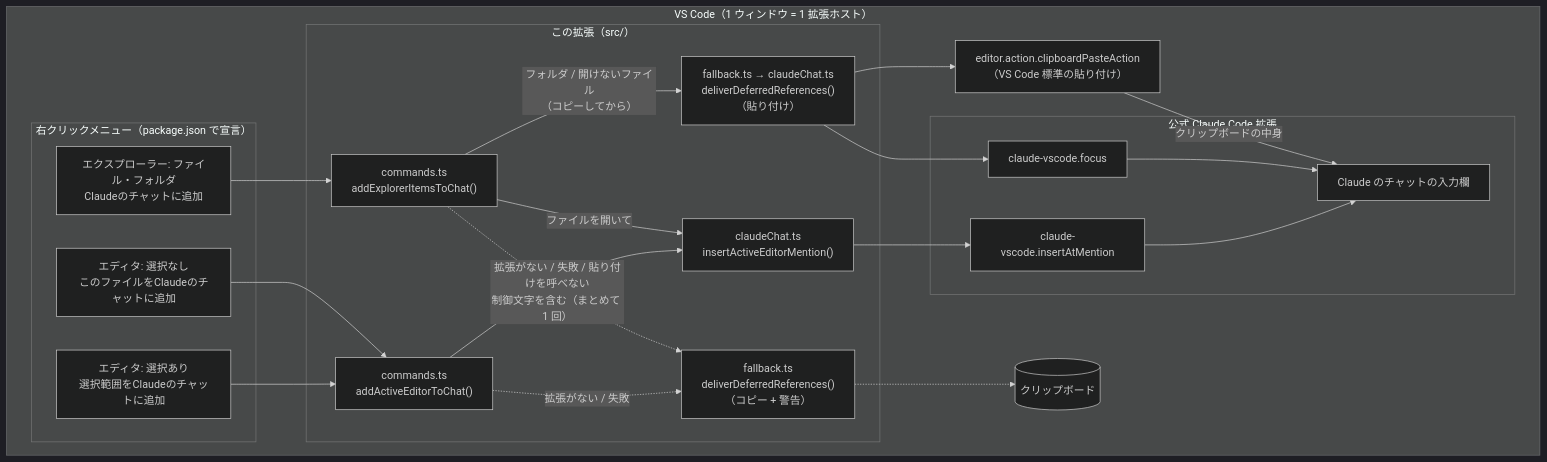
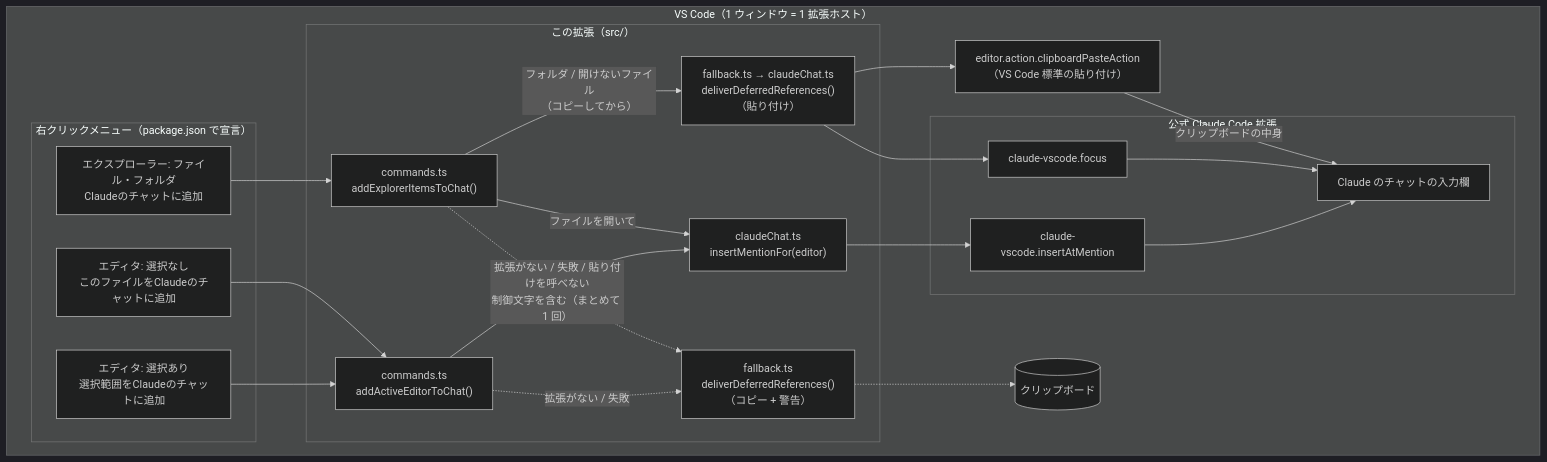
One commit to kip2/refs-to-chat changed the first of 7 diagrams in docs/ARCHITECTURE.md. Above: the diagram before and after it, drawn with Mermaid (dark theme). The commit also changed other lines of this file and 7 other files, not shown here.

First line of the commit message:
Open the Claude chat before inserting; add manual UI test procedure

````diff
--- a/docs/ARCHITECTURE.md
+++ b/docs/ARCHITECTURE.md
@@ -15,44 +15,44 @@
 ```mermaid
 flowchart LR
   subgraph VSCode["VS Code（1 ウィンドウ = 1 拡張ホスト）"]
     direction LR
     subgraph Menus["右クリックメニュー（package.json で宣言）"]
       M1["エディタ: 選択あり<br/>選択範囲をClaudeのチャットに追加"]
       M2["エディタ: 選択なし<br/>このファイルをClaudeのチャットに追加"]
       M3["エクスプローラー: ファイル・フォルダ<br/>Claudeのチャットに追加"]
     end
 
     subgraph Ext["この拡張（src/）"]
       SAE["commands.ts<br/>addActiveEditorToChat()"]
       SF["commands.ts<br/>addExplorerItemsToChat()"]
-      STC["claudeChat.ts<br/>insertActiveEditorMention()"]
+      STC["claudeChat.ts<br/>insertMentionFor(editor)"]
       PST["fallback.ts → claudeChat.ts<br/>deliverDeferredReferences()<br/>（貼り付け）"]
       FB["fallback.ts<br/>deliverDeferredReferences()<br/>（コピー + 警告）"]
     end
 
     subgraph Claude["公式 Claude Code 拡張"]
       C1["claude-vscode.insertAtMention"]
       C2["claude-vscode.focus"]
       P["Claude のチャットの入力欄"]
     end
 
     CB[("クリップボード")]
     PASTE["editor.action.clipboardPasteAction<br/>（VS Code 標準の貼り付け）"]
   end
 
   M1 --> SAE
   M2 --> SAE
   M3 --> SF
   SAE --> STC
   SF -->|ファイルを開いて| STC
   STC --> C1
   C1 --> P
   SF -->|フォルダ / 開けないファイル<br/>（コピーしてから）| PST
   PST --> C2
   C2 --> P
   PST --> PASTE
   PASTE -->|クリップボードの中身| P
   SAE -.->|拡張がない / 失敗| FB
   SF -.->|拡張がない / 失敗 / 貼り付けを呼べない<br/>制御文字を含む（まとめて 1 回）| FB
   FB -.-> CB
 ```
````
